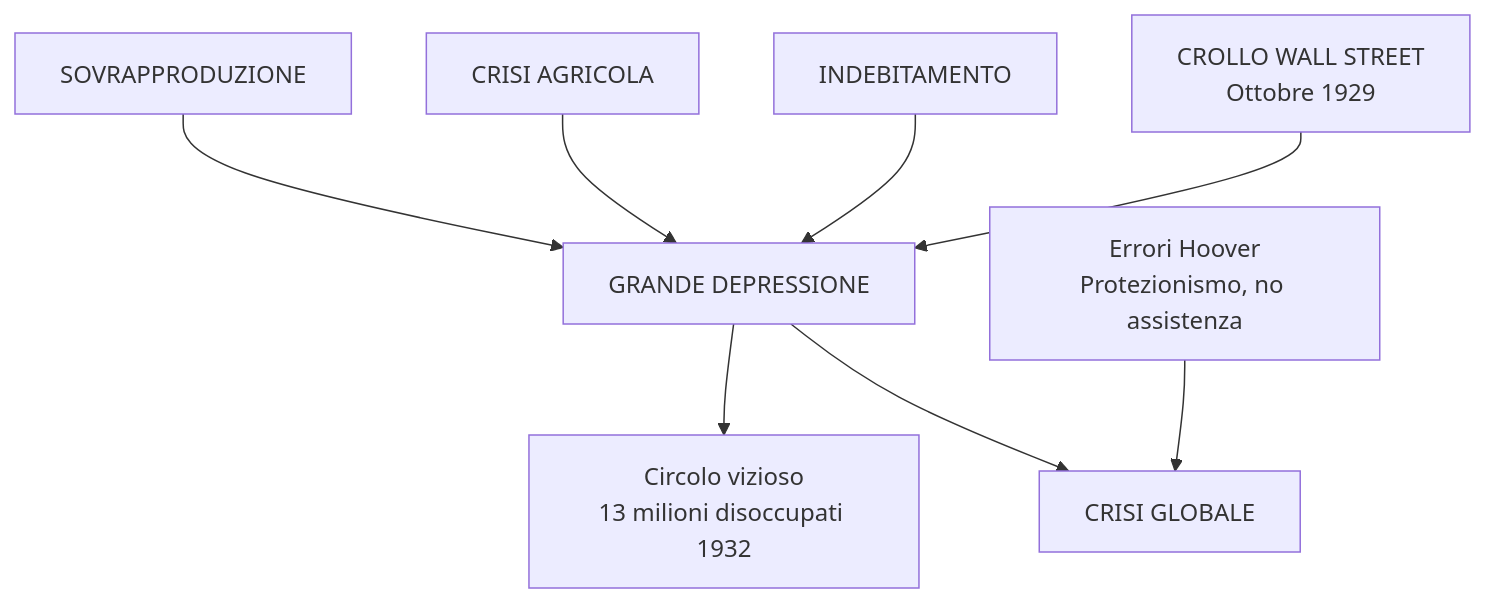
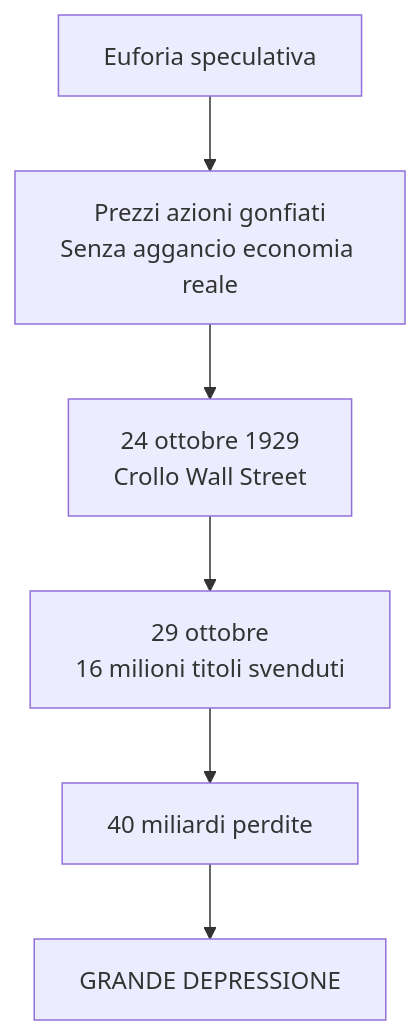
One commit to riccardo-algorime/appunti-5Bsa changed the fifth of 8 diagrams in storia/materiale/studio/capitolo_3.10_studio_riassunto.md. Above: the diagram before and after it, drawn with Mermaid. The commit also changed other lines of this file and 5 other files, not shown here.

````diff
--- a/storia/materiale/studio/capitolo_3.10_studio_riassunto.md
+++ b/storia/materiale/studio/capitolo_3.10_studio_riassunto.md
@@ -137,10 +120,8 @@
 ```mermaid
 flowchart TD
-    A[SOVRAPPRODUZIONE] --> E[GRANDE DEPRESSIONE]
-    B[CRISI AGRICOLA] --> E
-    C[INDEBITAMENTO] --> E
-    D[CROLLO WALL STREET<br/>Ottobre 1929] --> E
-    E --> F[Circolo vizioso<br/>13 milioni disoccupati 1932]
-    E --> G[CRISI GLOBALE]
-    H[Errori Hoover<br/>Protezionismo, no assistenza] --> G
+    A[Euforia speculativa] --> B[Prezzi azioni gonfiati<br/>Senza aggancio economia reale]
+    B --> C[24 ottobre 1929<br/>Crollo Wall Street]
+    C --> D[29 ottobre<br/>16 milioni titoli svenduti]
+    D --> E[40 miliardi perdite]
+    E --> F[GRANDE DEPRESSIONE]
 ```
````
